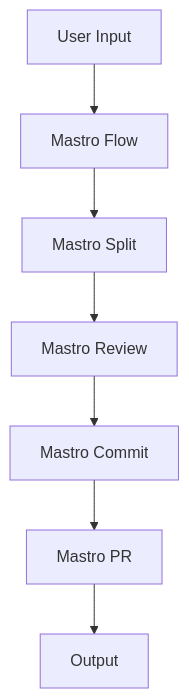
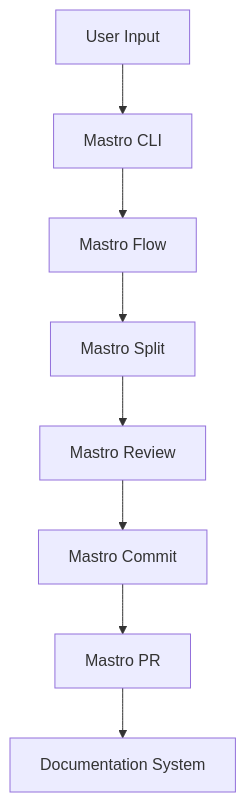
One commit to geogoesbeepboop/mastro changed the third of 3 diagrams in docs/ARCHITECTURE.md. Above: the diagram before and after it, drawn with Mermaid. The commit also changed other lines of this file and 6 other files, not shown here.

````diff
--- a/docs/ARCHITECTURE.md
+++ b/docs/ARCHITECTURE.md
@@ -145,9 +146,10 @@
 ```mermaid
 graph TD;
-    A[User Input] --> B[Mastro Flow];
-    B --> C[Mastro Split];
-    C --> D[Mastro Review];
-    D --> E[Mastro Commit];
-    E --> F[Mastro PR];
-    F --> G[Output];
+    A[User Input] --> B[Mastro CLI];
+    B --> C[Mastro Flow];
+    C --> D[Mastro Split];
+    D --> E[Mastro Review];
+    E --> F[Mastro Commit];
+    F --> G[Mastro PR];
+    G --> H[Documentation System];
 ```
````
